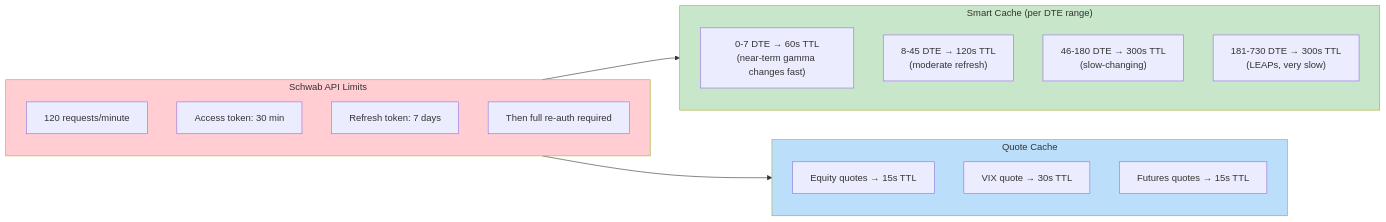
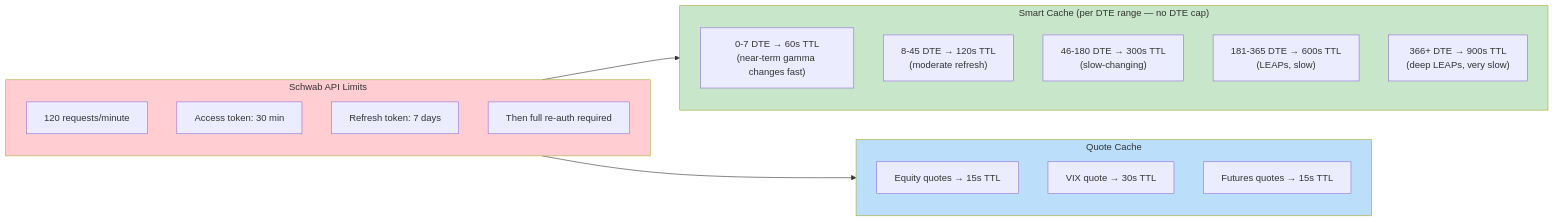
Before and after one commit to nsnguyen/thinkorswim_local_mcp: the fifth of 8 diagrams in docs/ARCHITECTURE.md, drawn with Mermaid. The commit also changed other lines of this file and 1 other file, not shown here.

First line of the commit message:
Remove artificial DTE cap — fetch all available expirations

````diff
--- a/docs/ARCHITECTURE.md
+++ b/docs/ARCHITECTURE.md
@@ -429,29 +431,30 @@
 ```mermaid
 graph LR
     subgraph Limits["Schwab API Limits"]
         L1["120 requests/minute"]
         L2["Access token: 30 min"]
         L3["Refresh token: 7 days"]
         L4["Then full re-auth required"]
     end
 
-    subgraph Cache["Smart Cache (per DTE range)"]
+    subgraph Cache["Smart Cache (per DTE range — no DTE cap)"]
         C1["0-7 DTE → 60s TTL<br/>(near-term gamma changes fast)"]
         C2["8-45 DTE → 120s TTL<br/>(moderate refresh)"]
         C3["46-180 DTE → 300s TTL<br/>(slow-changing)"]
-        C4["181-730 DTE → 300s TTL<br/>(LEAPs, very slow)"]
+        C4["181-365 DTE → 600s TTL<br/>(LEAPs, slow)"]
+        C5["366+ DTE → 900s TTL<br/>(deep LEAPs, very slow)"]
     end
 
     subgraph Quotes["Quote Cache"]
         Q1["Equity quotes → 15s TTL"]
         Q2["VIX quote → 30s TTL"]
         Q3["Futures quotes → 15s TTL"]
     end
 
     Limits --> Cache
     Limits --> Quotes
 
     style Limits fill:#ffcdd2
     style Cache fill:#c8e6c9
     style Quotes fill:#bbdefb
 ```
````
